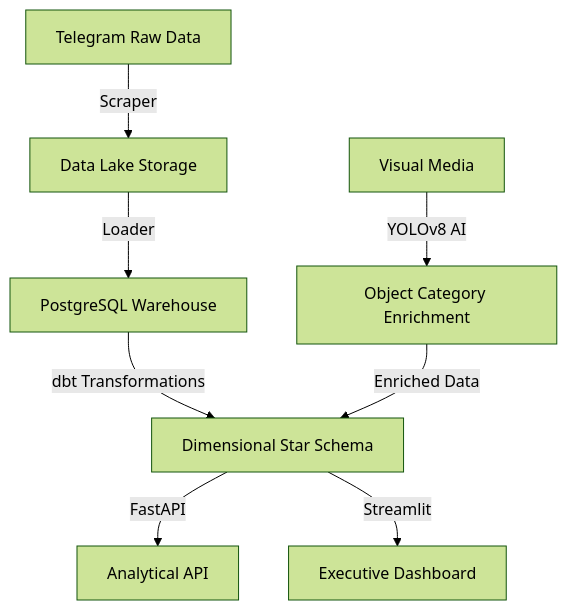
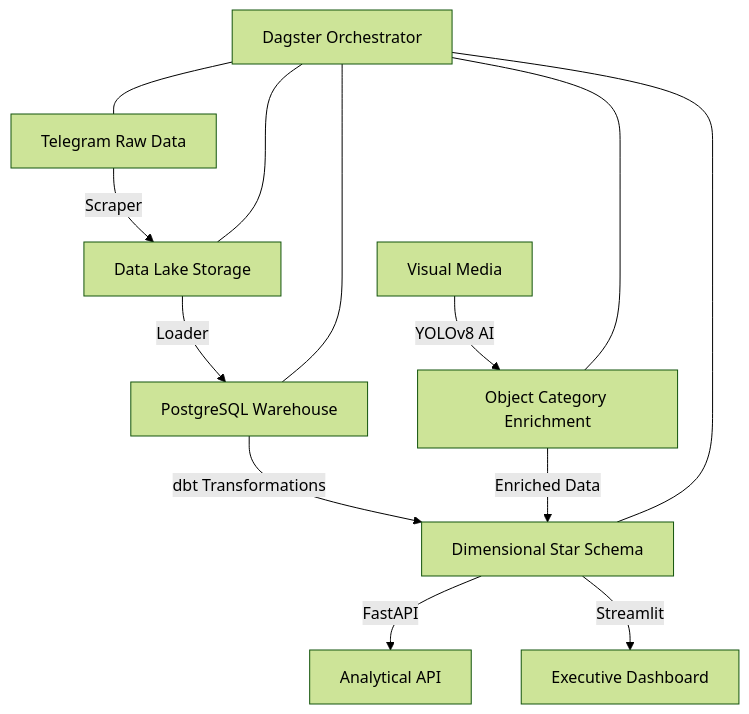
Before and after one commit to gashawbekele06/Week12-medical-telegram-warehouse: the diagram in README.md, drawn with Mermaid (forest theme). The commit also changed other lines of this file, not shown here.

````diff
--- a/README.md
+++ b/README.md
@@ -32,10 +39,15 @@
 ```mermaid
 graph TD
     A[Telegram Raw Data] -->|Scraper| B[Data Lake Storage]
     B -->|Loader| C[PostgreSQL Warehouse]
     C -->|dbt Transformations| D[Dimensional Star Schema]
     E[Visual Media] -->|YOLOv8 AI| F[Object Category Enrichment]
     F -->|Enriched Data| D
     D -->|FastAPI| G[Analytical API]
     D -->|Streamlit| H[Executive Dashboard]
+    I[Dagster Orchestrator] --- A
+    I --- B
+    I --- C
+    I --- D
+    I --- F
 ```
````
